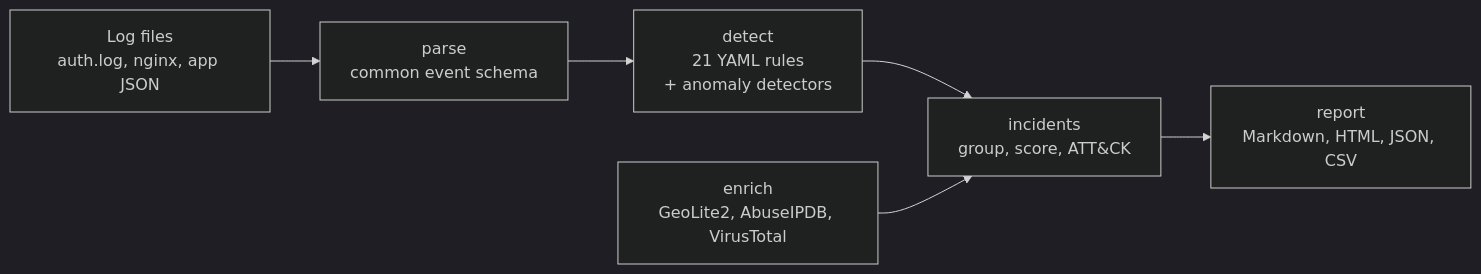
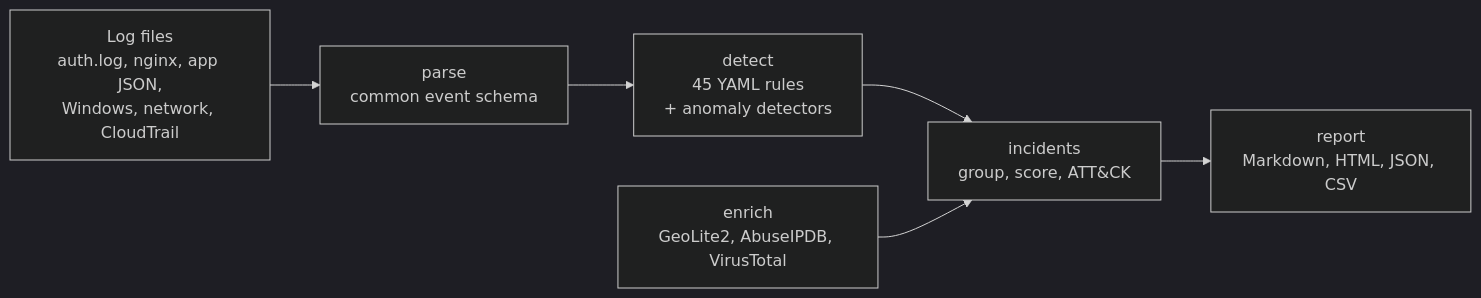
The first of 2 diagrams in README.md (UtshaBasak/Prohori), drawn with Mermaid (dark theme) before and after one commit. The commit also changed other lines of this file and 69 other files, not shown here.

First line of the commit message:
feat(parsers): AWS CloudTrail, compressed input and eight cloud rules

````diff
--- a/README.md
+++ b/README.md
@@ -92,8 +92,8 @@
 ```mermaid
 flowchart LR
-    A[Log files<br>auth.log, nginx, app JSON] --> B[parse<br>common event schema]
-    B --> C[detect<br>21 YAML rules<br>+ anomaly detectors]
+    A[Log files<br>auth.log, nginx, app JSON,<br>Windows, network, CloudTrail] --> B[parse<br>common event schema]
+    B --> C[detect<br>45 YAML rules<br>+ anomaly detectors]
     C --> D[incidents<br>group, score, ATT&CK]
     E[enrich<br>GeoLite2, AbuseIPDB, VirusTotal] --> D
     D --> F[report<br>Markdown, HTML, JSON, CSV]
 ```
````
